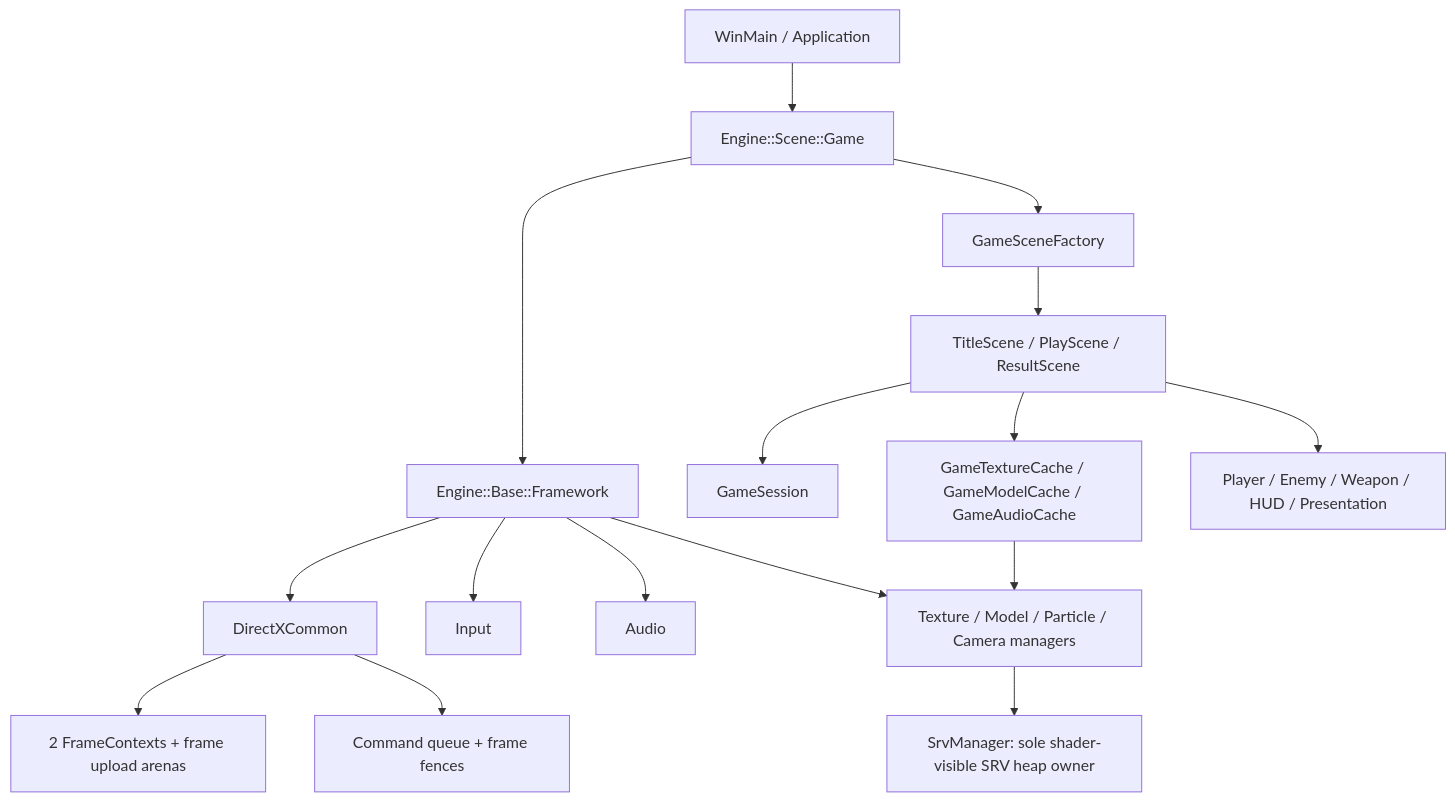
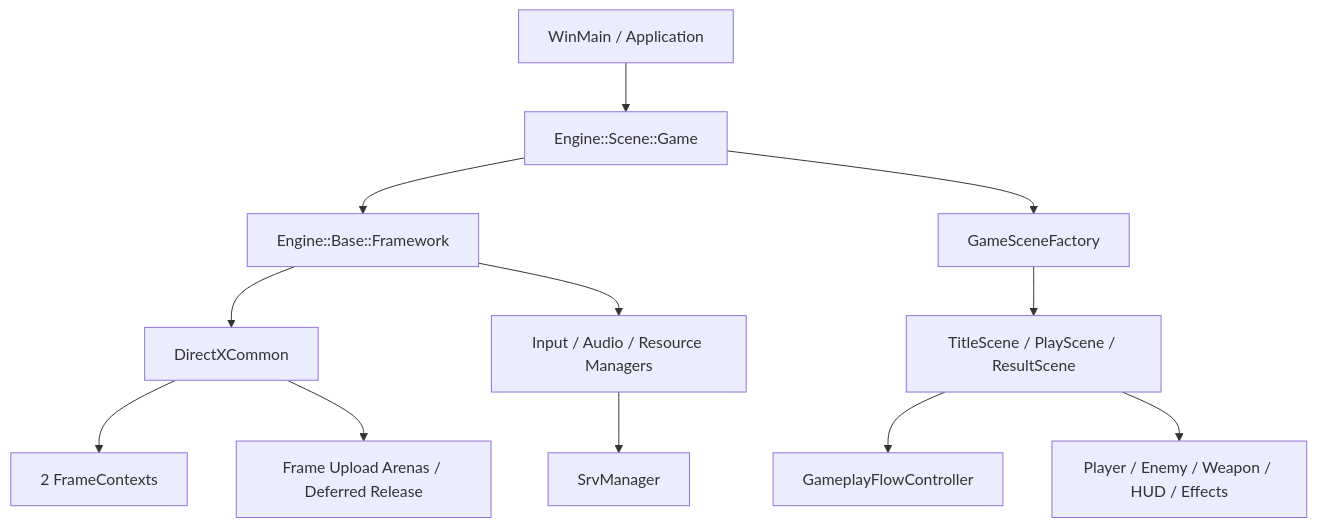
One commit to OKUBO-0/KuboEngine changed the diagram in project/README.md. Above: the diagram before and after it, drawn with Mermaid. The commit also changed other lines of this file and 47 other files, not shown here.

````diff
--- a/project/README.md
+++ b/project/README.md
@@ -54,21 +95,17 @@
 ```mermaid
 flowchart TD
     App["WinMain / Application"] --> Game["Engine::Scene::Game"]
     Game --> Framework["Engine::Base::Framework"]
     Game --> Factory["GameSceneFactory"]
     Factory --> Scenes["TitleScene / PlayScene / ResultScene"]
 
     Framework --> DX["DirectXCommon"]
-    Framework --> Input["Input"]
-    Framework --> Audio["Audio"]
-    Framework --> Managers["Texture / Model / Particle / Camera managers"]
+    Framework --> Services["Input / Audio / Resource Managers"]
 
-    Scenes --> Session["GameSession"]
-    Scenes --> Caches["GameTextureCache / GameModelCache / GameAudioCache"]
-    Scenes --> Gameplay["Player / Enemy / Weapon / HUD / Presentation"]
-    Caches --> Managers
+    Scenes --> Flow["GameplayFlowController"]
+    Scenes --> Gameplay["Player / Enemy / Weapon / HUD / Effects"]
 
-    DX --> Frames["2 FrameContexts + frame upload arenas"]
-    DX --> Queue["Command queue + frame fences"]
-    Managers --> SRV["SrvManager: sole shader-visible SRV heap owner"]
+    DX --> Frames["2 FrameContexts"]
+    DX --> Upload["Frame Upload Arenas / Deferred Release"]
+    Services --> SRV["SrvManager"]
 ```
````
